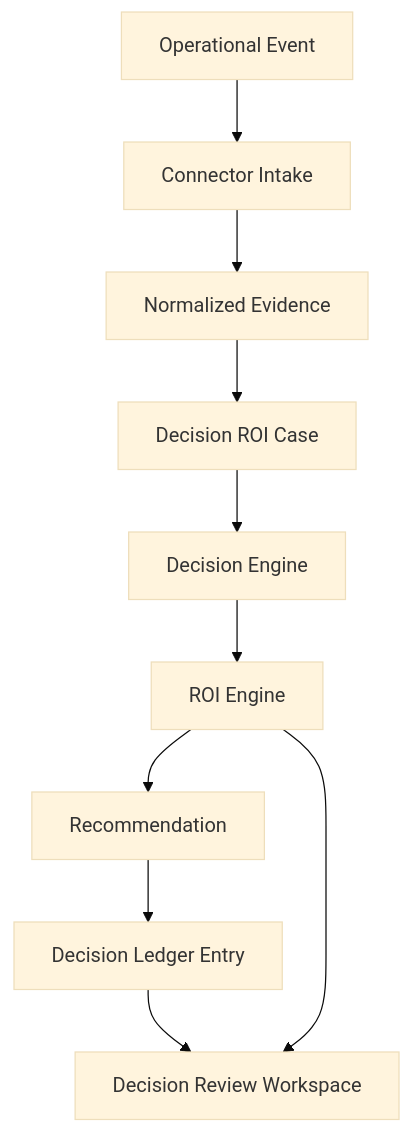
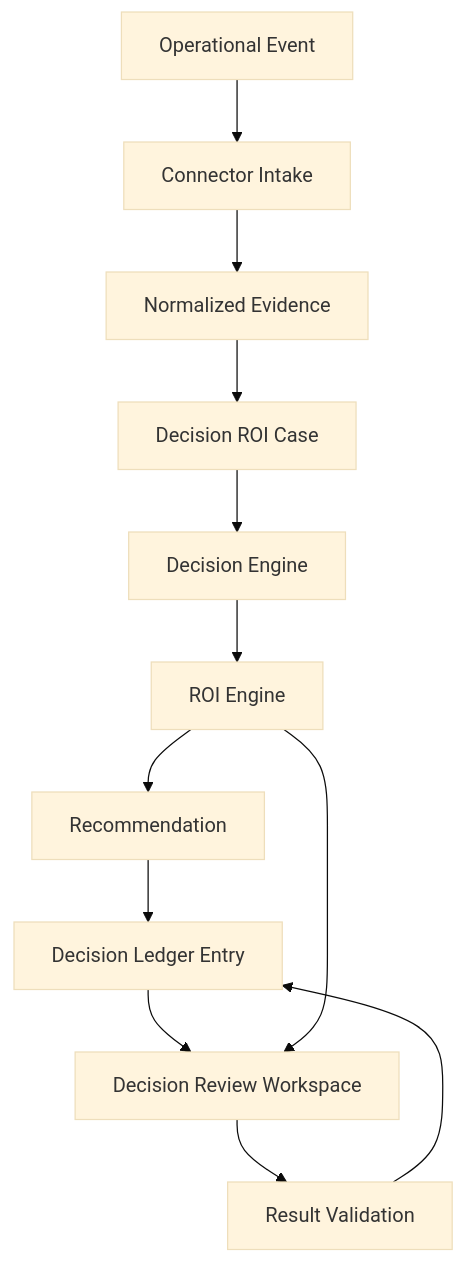
One commit to Dmillan-dev/ImperatorProyect changed the first of 2 diagrams in docs/product/24_MVP_Vertical_Slice.md. Above: the diagram before and after it, drawn with Mermaid (base theme). The commit also changed other lines of this file and 52 other files, not shown here.

````diff
--- a/docs/product/24_MVP_Vertical_Slice.md
+++ b/docs/product/24_MVP_Vertical_Slice.md
@@ -80,12 +80,14 @@
 ```mermaid
 flowchart TD
     EVT[Operational Event] --> CON[Connector Intake]
     CON --> NE[Normalized Evidence]
     NE --> CASE[Decision ROI Case]
     CASE --> DE[Decision Engine]
     DE --> ROI[ROI Engine]
     ROI --> REC[Recommendation]
     REC --> LEDGER[Decision Ledger Entry]
     LEDGER --> UI[Decision Review Workspace]
     ROI --> UI
+    UI --> VAL[Result Validation]
+    VAL --> LEDGER
 ```
````
